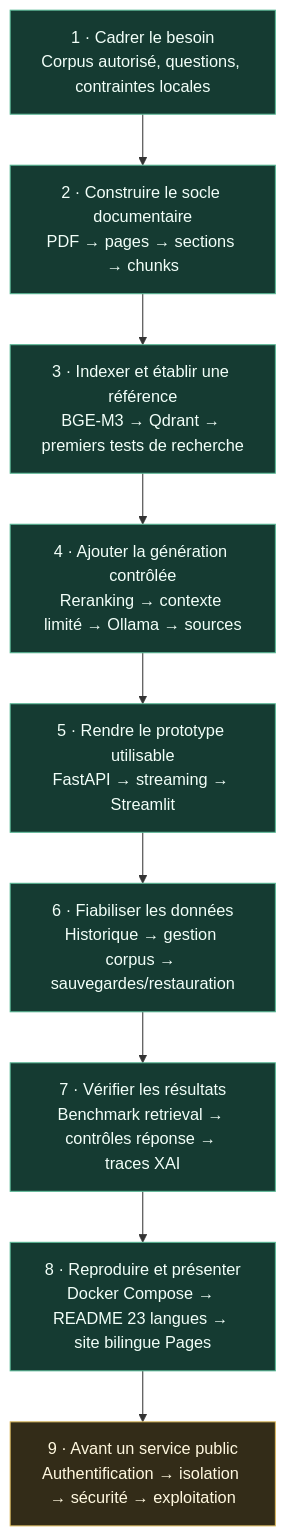
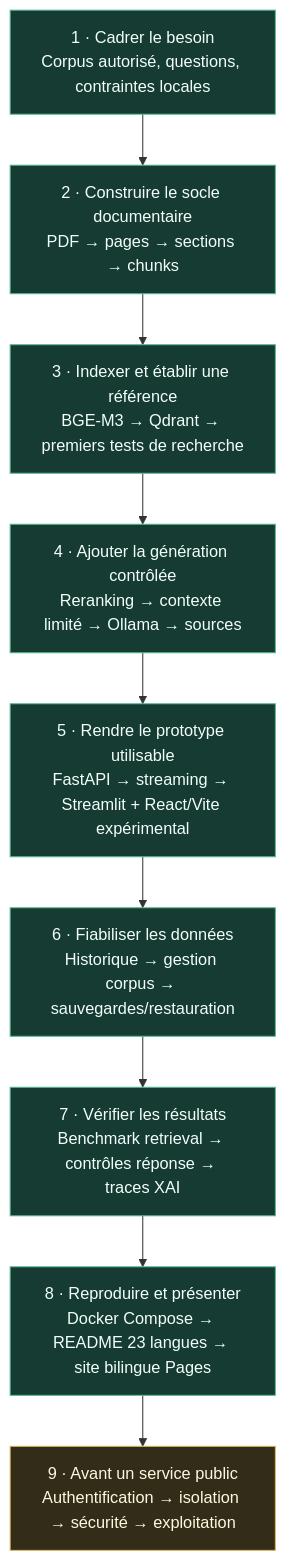
The diagram in docs/project-stages.md (zitouthani/RSLM), drawn with Mermaid before and after one commit. The commit also changed other lines of this file and 30 other files, not shown here.

First line of the commit message:
feat: Enhance retrieval graph and context handling in API responses

````diff
--- a/docs/project-stages.md
+++ b/docs/project-stages.md
@@ -9,15 +9,15 @@
 ```mermaid
 flowchart TD
     A["1 · Cadrer le besoin<br/>Corpus autorisé, questions, contraintes locales"] --> B["2 · Construire le socle documentaire<br/>PDF → pages → sections → chunks"]
     B --> C["3 · Indexer et établir une référence<br/>BGE-M3 → Qdrant → premiers tests de recherche"]
     C --> D["4 · Ajouter la génération contrôlée<br/>Reranking → contexte limité → Ollama → sources"]
-    D --> E["5 · Rendre le prototype utilisable<br/>FastAPI → streaming → Streamlit"]
+   D --> E["5 · Rendre le prototype utilisable<br/>FastAPI → streaming → Streamlit + React/Vite expérimental"]
     E --> F["6 · Fiabiliser les données<br/>Historique → gestion corpus → sauvegardes/restauration"]
     F --> G["7 · Vérifier les résultats<br/>Benchmark retrieval → contrôles réponse → traces XAI"]
     G --> H["8 · Reproduire et présenter<br/>Docker Compose → README 23 langues → site bilingue Pages"]
     H --> I["9 · Avant un service public<br/>Authentification → isolation → sécurité → exploitation"]
     classDef implemented fill:#153b32,stroke:#57b894,color:#f2fff9
     classDef next fill:#332c18,stroke:#d9b85c,color:#fff8df
     class A,B,C,D,E,F,G,H implemented
     class I next
 ```
````
